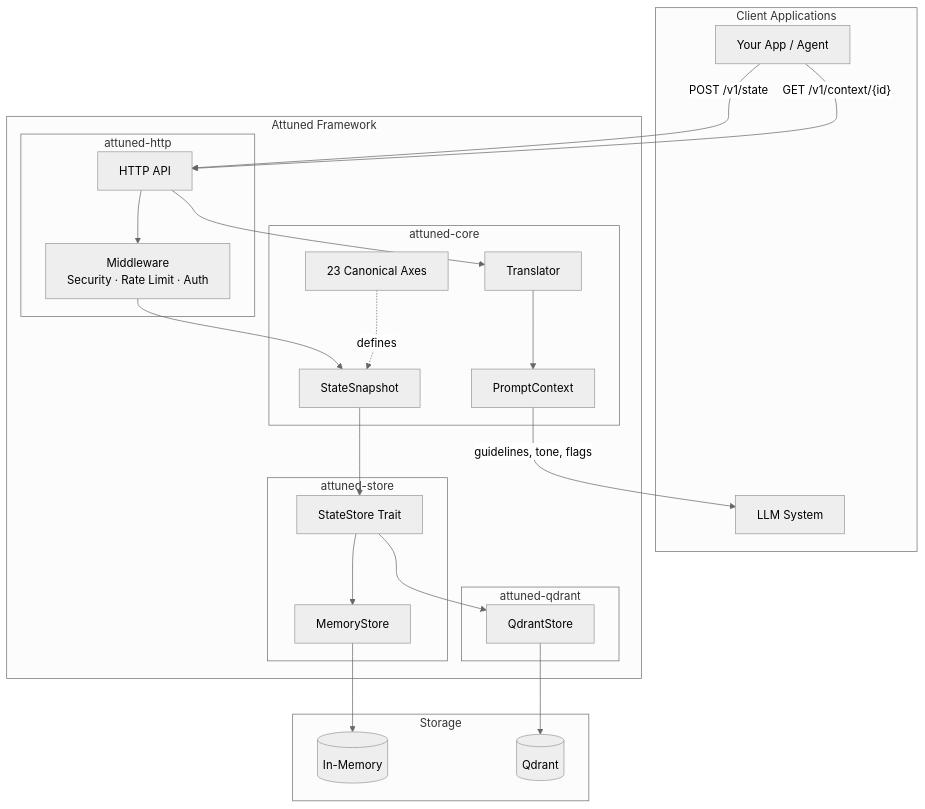
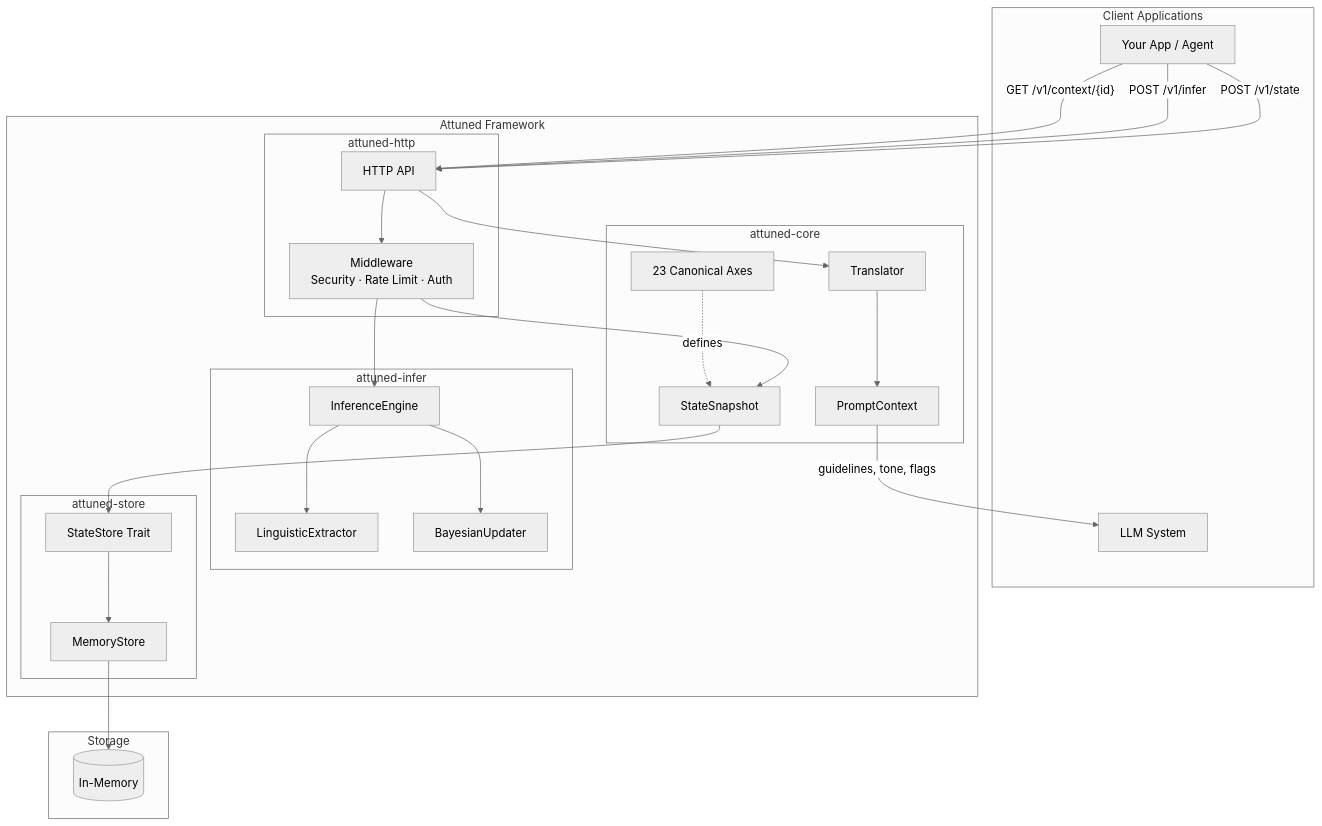
Before and after one commit to JtPerez-Acle/Attuned: the first of 4 diagrams in README.md, drawn with Mermaid (neutral theme). The commit also changed other lines of this file and 33 other files, not shown here.

````diff
--- a/README.md
+++ b/README.md
@@ -14,51 +14,54 @@
 ```mermaid
 graph TB
     subgraph "Client Applications"
         APP[Your App / Agent]
         LLM[LLM System]
     end
 
     subgraph "Attuned Framework"
         subgraph "attuned-http"
             API[HTTP API]
             MW[Middleware<br/>Security · Rate Limit · Auth]
         end
 
+        subgraph "attuned-infer"
+            INF[InferenceEngine]
+            LING[LinguisticExtractor]
+            BAYES[BayesianUpdater]
+        end
+
         subgraph "attuned-core"
             SS[StateSnapshot]
             TR[Translator]
             PC[PromptContext]
             AX[23 Canonical Axes]
         end
 
         subgraph "attuned-store"
             ST[StateStore Trait]
             MS[MemoryStore]
         end
-
-        subgraph "attuned-qdrant"
-            QS[QdrantStore]
-        end
     end
 
     subgraph "Storage"
         MEM[(In-Memory)]
-        QDB[(Qdrant)]
     end
 
     APP -->|"POST /v1/state"| API
+    APP -->|"POST /v1/infer"| API
     API --> MW
+    MW --> INF
+    INF --> LING
+    INF --> BAYES
     MW --> SS
     SS --> ST
     ST --> MS
-    ST --> QS
     MS --> MEM
-    QS --> QDB
 
     APP -->|"GET /v1/context/{id}"| API
     API --> TR
     TR --> PC
     PC -->|guidelines, tone, flags| LLM
 
     AX -.->|defines| SS
 ```
````
